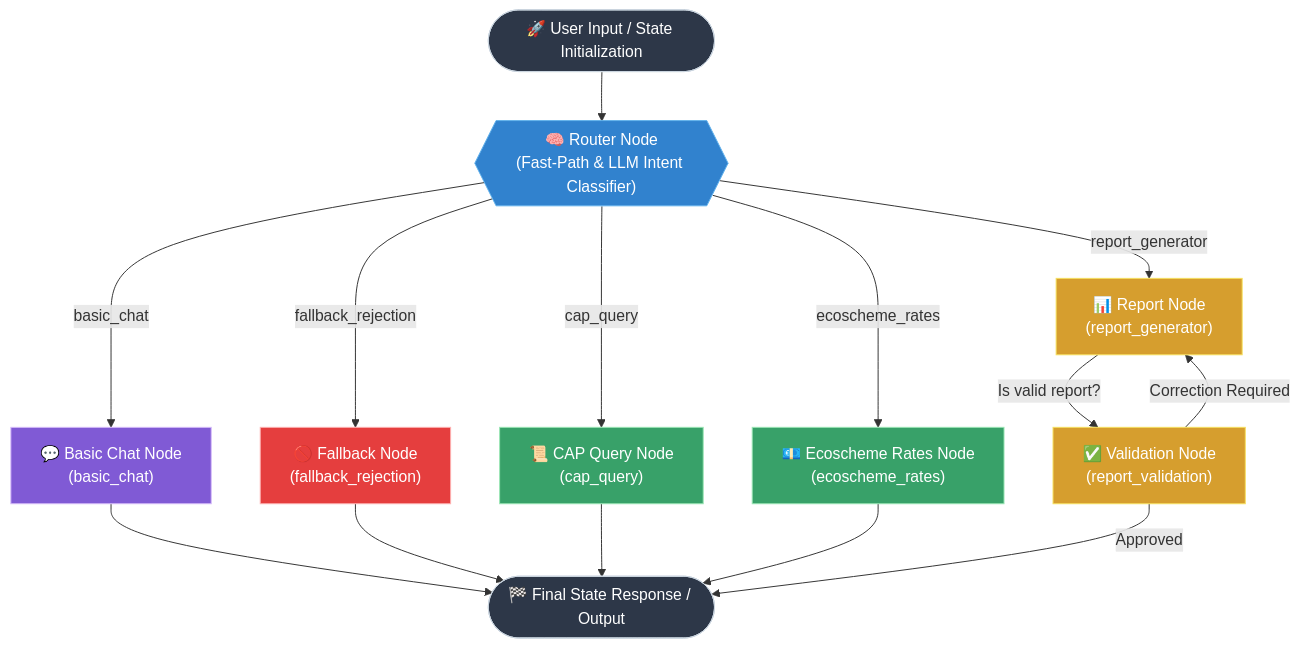
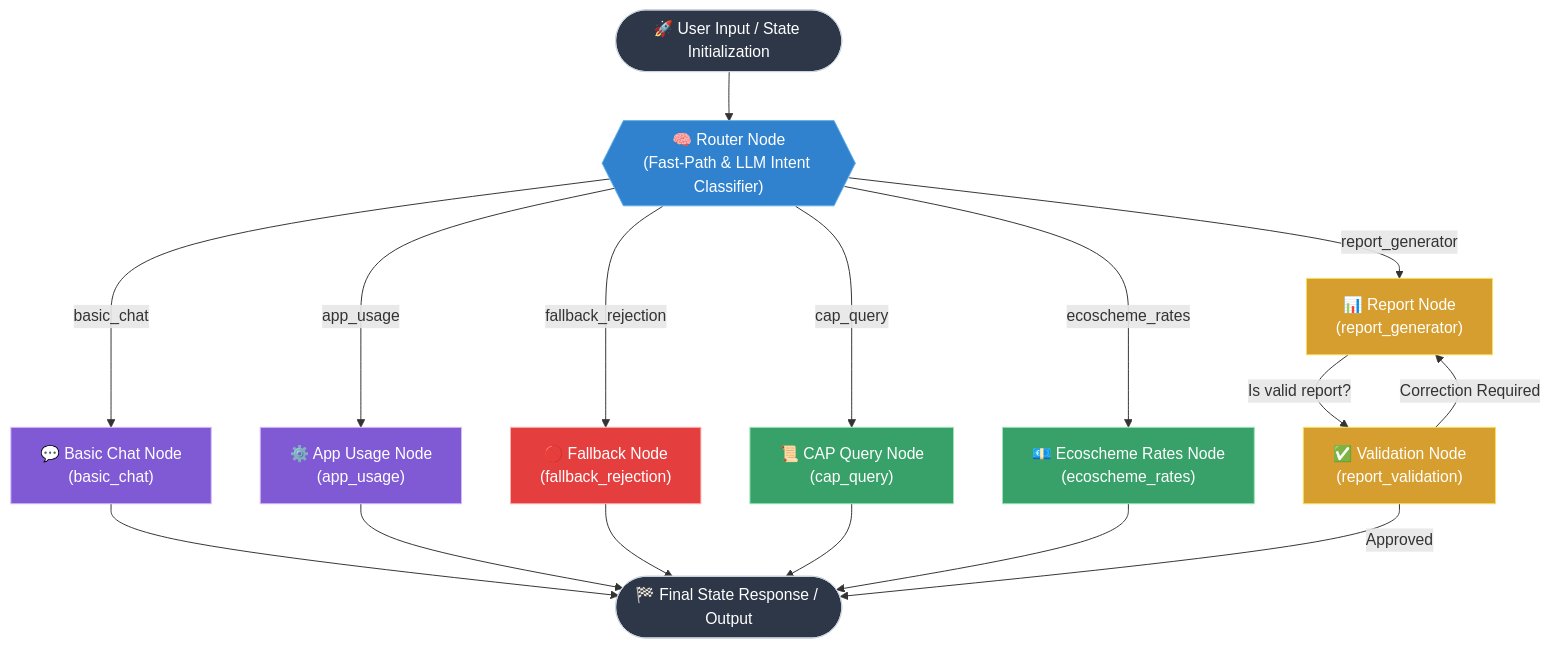
The diagram in AgrIA_server/src/agent/README.md (KhaosResearch/AgrIA), drawn with Mermaid before and after one commit. The commit also changed other lines of this file and 4 other files, not shown here.

````diff
--- a/AgrIA_server/src/agent/README.md
+++ b/AgrIA_server/src/agent/README.md
@@ -8,47 +8,51 @@
 ```mermaid
 graph TD
     %% Node Definitions
     START([🚀 User Input / State Initialization])
     ROUTER{{"🧠 Router Node<br/>(Fast-Path & LLM Intent Classifier)"}}
     
     CONV["💬 Basic Chat Node<br/>(basic_chat)"]
+    USG["⚙️ App Usage Node<br/>(app_usage)"]
     FALLBACK["🚫 Fallback Node<br/>(fallback_rejection)"]
     CAP["📜 CAP Query Node<br/>(cap_query)"]
     RATES["💶 Ecoscheme Rates Node<br/>(ecoscheme_rates)"]
     REPORT["📊 Report Node<br/>(report_generator)"]
     VALIDATION["✅ Validation Node<br/>(report_validation)"]
     
     END([🏁 Final State Response / Output])
 
     %% Flow Connections
     START --> ROUTER
 
     %% Router Branching
     ROUTER -- "basic_chat" --> CONV
+    ROUTER -- "app_usage" --> USG
     ROUTER -- "fallback_rejection" --> FALLBACK
     ROUTER -- "cap_query" --> CAP
     ROUTER -- "ecoscheme_rates" --> RATES
     ROUTER -- "report_generator" --> REPORT
 
     %% Node Execution Outputs
     CONV --> END
+    USG --> END
     FALLBACK --> END
     CAP --> END
     RATES --> END
 
     %% Validation Loop Sub-Graph
     REPORT -- "Is valid report?" --> VALIDATION
     VALIDATION -- "Approved" --> END
     VALIDATION -- "Correction Required" --> REPORT
 
     %% Styling
     style START fill:#2d3748,stroke:#cbd5e0,color:#fff
     style END fill:#2d3748,stroke:#cbd5e0,color:#fff
     style ROUTER fill:#3182ce,stroke:#63b3ed,color:#fff
     style REPORT fill:#d69e2e,stroke:#f6e05e,color:#fff
     style VALIDATION fill:#d69e2e,stroke:#f6e05e,color:#fff
     style CAP fill:#38a169,stroke:#9ae6b4,color:#fff
     style RATES fill:#38a169,stroke:#9ae6b4,color:#fff
     style CONV fill:#805ad5,stroke:#d6bcfa,color:#fff
+    style USG fill:#805ad5,stroke:#d6bcfa,color:#fff
     style FALLBACK fill:#e53e3e,stroke:#feb2b2,color:#fff
 ```
````
